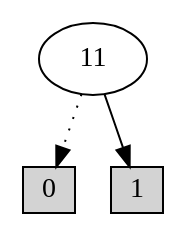
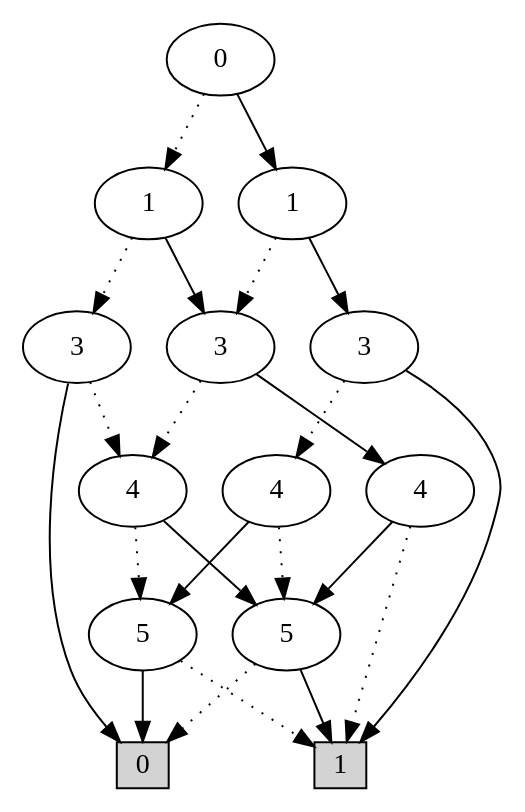
The diagram in ass6/res/circuit01/U73_opt.dot (MieskeB/2IMF25), drawn with Graphviz before and after one commit. The commit also changed 830 other files, not shown here.

```diff
--- a/ass6/res/circuit01/U73_opt.dot
+++ b/ass6/res/circuit01/U73_opt.dot
@@ -1,7 +1,37 @@
 digraph G {
 0 [shape=box, label="0", style=filled, shape=box, height=0.3, width=0.3];
 1 [shape=box, label="1", style=filled, shape=box, height=0.3, width=0.3];
-24 [label="11"];
-24 -> 0 [style=dotted];
-24 -> 1 [style=filled];
+352 [label="0"];
+352 -> 350 [style=dotted];
+352 -> 351 [style=filled];
+350 [label="1"];
+350 -> 346 [style=dotted];
+350 -> 349 [style=filled];
+346 [label="3"];
+346 -> 281 [style=dotted];
+346 -> 0 [style=filled];
+281 [label="4"];
+281 -> 13 [style=dotted];
+281 -> 12 [style=filled];
+13 [label="5"];
+13 -> 1 [style=dotted];
+13 -> 0 [style=filled];
+12 [label="5"];
+12 -> 0 [style=dotted];
+12 -> 1 [style=filled];
+349 [label="3"];
+349 -> 281 [style=dotted];
+349 -> 223 [style=filled];
+223 [label="4"];
+223 -> 1 [style=dotted];
+223 -> 12 [style=filled];
+351 [label="1"];
+351 -> 349 [style=dotted];
+351 -> 343 [style=filled];
+343 [label="3"];
+343 -> 289 [style=dotted];
+343 -> 1 [style=filled];
+289 [label="4"];
+289 -> 12 [style=dotted];
+289 -> 13 [style=filled];
 }
```
